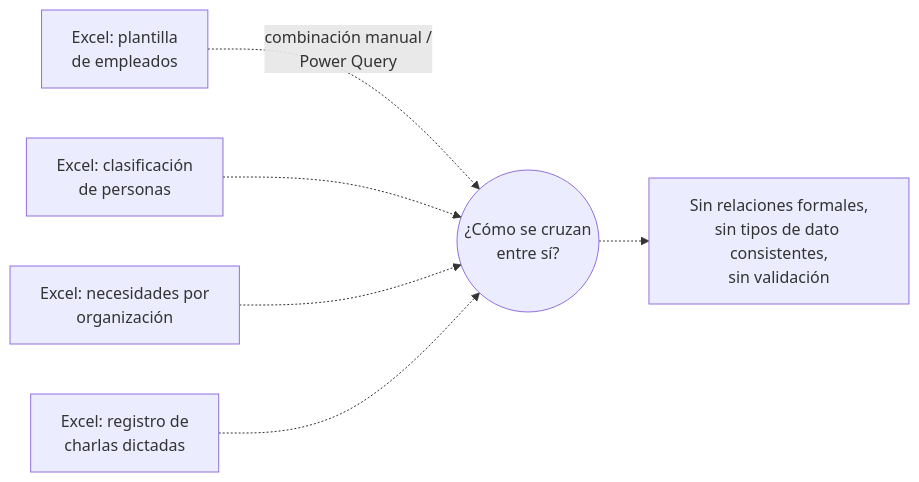
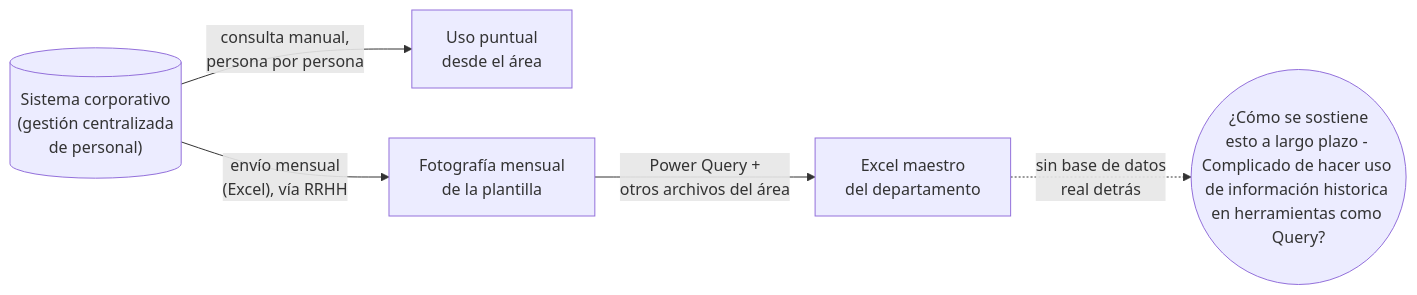
Before and after one commit to jminolli-e/case-studies: the first of 3 diagrams in capacitaciones.db/README.md, drawn with Mermaid. The commit also changed other lines of this file, not shown here.

````diff
--- a/capacitaciones.db/README.md
+++ b/capacitaciones.db/README.md
@@ -23,12 +19,8 @@
 ```mermaid
 flowchart LR
-    E1["Excel: plantilla<br/>de empleados"]
-    E2["Excel: clasificación<br/>de personas"]
-    E3["Excel: necesidades por<br/>organización"]
-    E4["Excel: registro de<br/>charlas dictadas"]
-    E1 -.->|combinación manual /<br/>Power Query| X(("¿Cómo se cruzan<br/>entre sí?"))
-    E2 -.-> X
-    E3 -.-> X
-    E4 -.-> X
-    X -.-> P["Sin relaciones formales,<br/>sin tipos de dato consistentes,<br/>sin validación"]
+    ORA[("Sistema corporativo<br/>(gestión centralizada<br/>de personal)")]
+    ORA -->|"consulta manual,<br/>persona por persona"| U1["Uso puntual<br/>desde el área"]
+    ORA -->|"envío mensual<br/>(Excel), vía RRHH"| SNAP["Fotografía mensual<br/>de la plantilla"]
+    SNAP -->|"Power Query +<br/>otros archivos del área"| EXC["Excel maestro<br/>del departamento"]
+    EXC -.->|"sin base de datos<br/>real detrás"| P(("¿Cómo se sostiene<br/>esto a largo plazo - Complicado de hacer uso de información historica en herramientas como Query?"))
 ```
````
